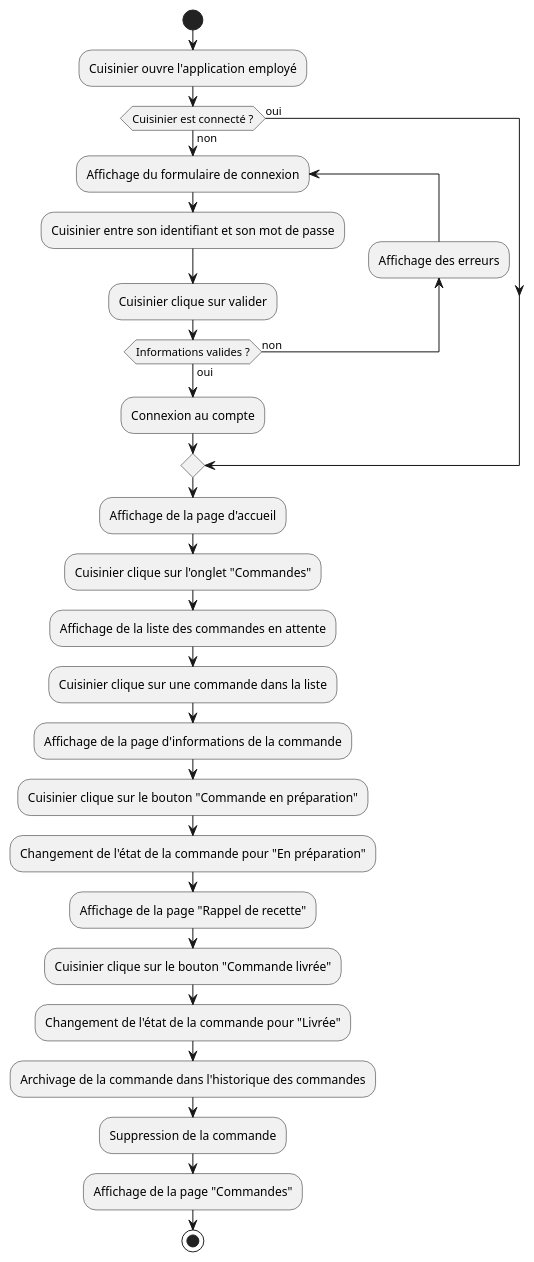
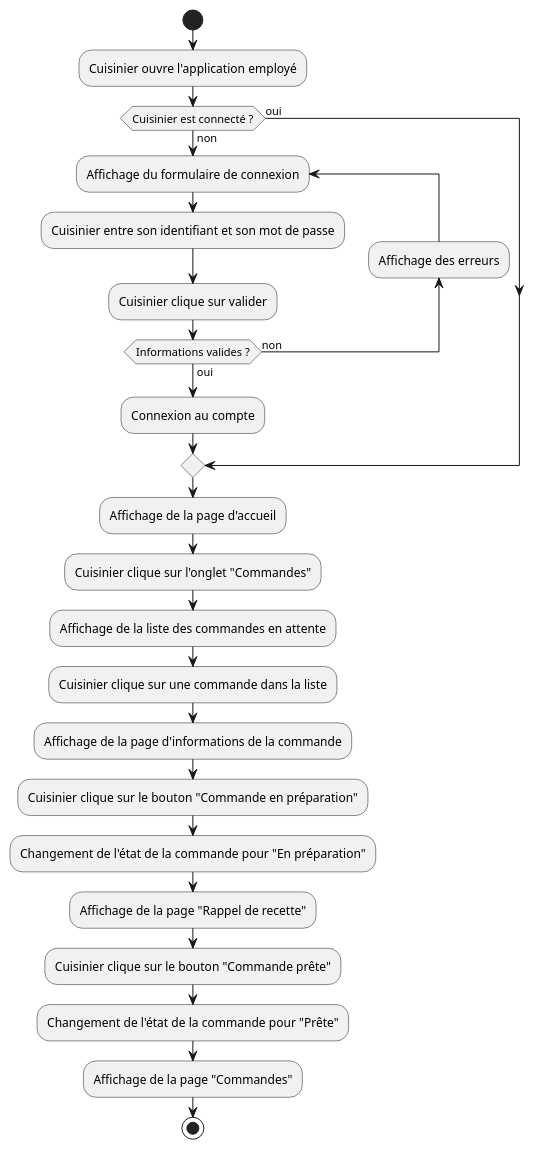
Before and after one commit to Gumpah/project_6: the diagram in diagrams/worker_set_order_ready.puml, drawn with PlantUML. The commit also changed 1 other file, not shown here.

Commit message:
Updating diagrams

```diff
--- a/diagrams/worker_set_order_ready.puml
+++ b/diagrams/worker_set_order_ready.puml
@@ -1,31 +1,29 @@
 @startuml
 'https://plantuml.com/activity-diagram-beta
 
 start
 :Cuisinier ouvre l'application employé;
 if (Cuisinier est connecté ?) then (oui)
 else (non)
 repeat :Affichage du formulaire de connexion;
 :Cuisinier entre son identifiant et son mot de passe;
 :Cuisinier clique sur valider;
 backward:Affichage des erreurs;
 repeat while (Informations valides ?) is (non) not (oui)
 :Connexion au compte;
 endif
 :Affichage de la page d'accueil;
 :Cuisinier clique sur l'onglet "Commandes";
 :Affichage de la liste des commandes en attente;
 :Cuisinier clique sur une commande dans la liste;
 :Affichage de la page d'informations de la commande;
 :Cuisinier clique sur le bouton "Commande en préparation";
 :Changement de l'état de la commande pour "En préparation";
 :Affichage de la page "Rappel de recette";
-:Cuisinier clique sur le bouton "Commande livrée";
-:Changement de l'état de la commande pour "Livrée";
-:Archivage de la commande dans l'historique des commandes;
-:Suppression de la commande;
+:Cuisinier clique sur le bouton "Commande prête";
+:Changement de l'état de la commande pour "Prête";
 :Affichage de la page "Commandes";
 
 stop
 
 @enduml
```
